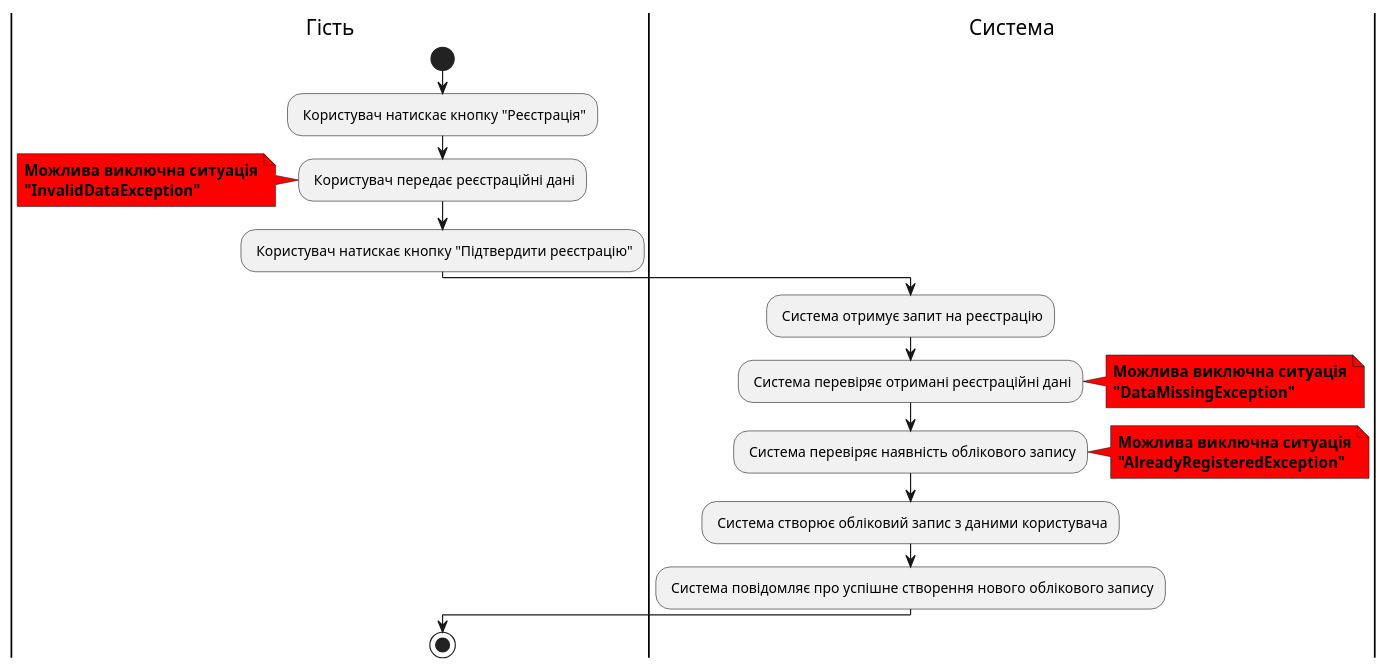
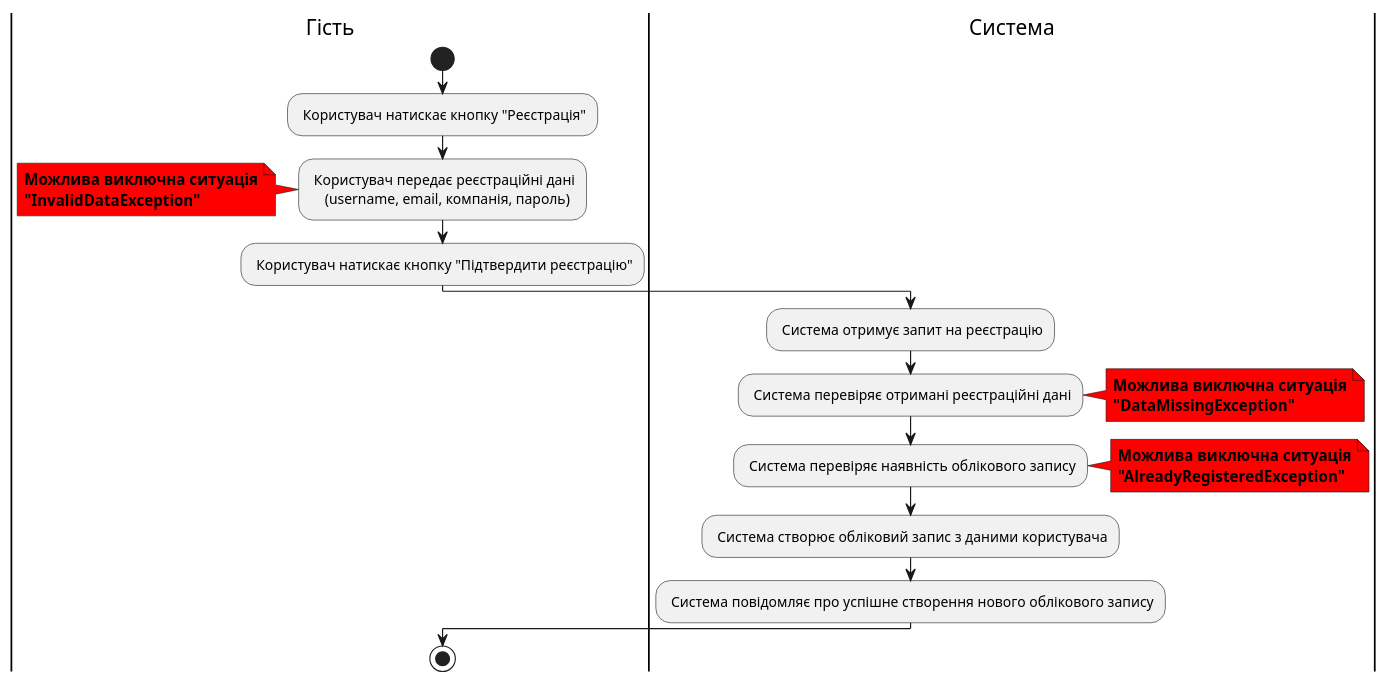
The fifth of 11 diagrams in docs/use cases/README.md (thebaldehit/db-labs), drawn with PlantUML before and after one commit. The commit also changed other lines of this file, not shown here.

```diff
--- a/docs/use cases/README.md
+++ b/docs/use cases/README.md
@@ -157,33 +157,34 @@
 @startuml
 
 |Гість|
 start
 : Користувач натискає кнопку "Реєстрація";
-: Користувач передає реєстраційні дані;
+: Користувач передає реєстраційні дані
+    (username, email, компанія, пароль);
 
 note left #red
 <b>Можлива виключна ситуація</b>
 <b>"InvalidDataException"</b>
 end note
 
 : Користувач натискає кнопку "Підтвердити реєстрацію";
 
 |Система|
 : Система отримує запит на реєстрацію;
 : Система перевіряє отримані реєстраційні дані;
 note right #ff0000
 <b>Можлива виключна ситуація</b>
 <b>"DataMissingException"</b>
 end note
 : Система перевіряє наявність облікового запису;
 note right #ff0000
 <b>Можлива виключна ситуація</b>
 <b>"AlreadyRegisteredException"</b>
 end note
 : Система створює обліковий запис з даними користувача;
 : Система повідомляє про успішне створення нового облікового запису;
 
 |Гість|
 stop
 
 @enduml
```
